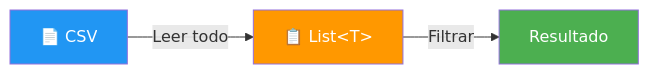
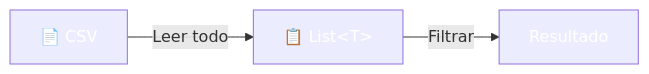
One commit to joseluisgs/DesarrolloWebEntornosServidor-01-2026-2027 changed the fourth of 6 diagrams in soluciones/13-ProgramacionAsincrona/README.md. Above: the diagram before and after it, drawn with Mermaid. The commit also changed other lines of this file and 66 other files, not shown here.

First line of the commit message:
fix: normalizar titulos al castellano de frase y corregir la paleta de mermaid

````diff
--- a/soluciones/13-ProgramacionAsincrona/README.md
+++ b/soluciones/13-ProgramacionAsincrona/README.md
@@ -109,9 +109,9 @@
 ```mermaid
 graph LR
     A["📄 CSV"] -->|"Leer todo"| B["📋 List&lt;T&gt;"]
     B -->|"Filtrar"| C["Resultado"]
 
-    style A fill:#2196F3,color:#fff
-    style B fill:#FF9800,color:#fff
-    style C fill:#4CAF50,color:#fff
+    style A fill:#2196F,color:#fff3,color:#fff
+    style B fill:#FF980,color:#fff0,color:#fff
+    style C fill:#4CAF5,color:#fff0,color:#fff
 ```
````
